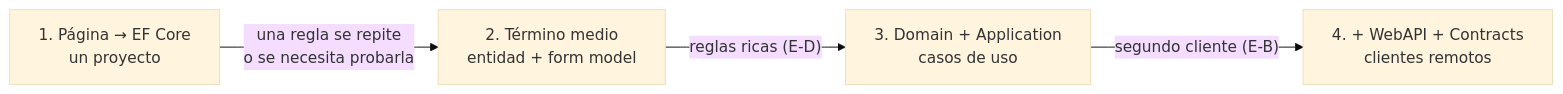
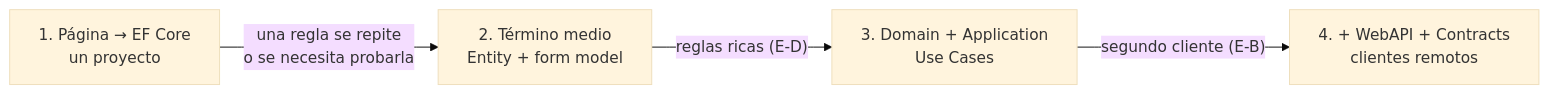
Before and after one commit to hdcm-dev/Lab-Documentos: the seventh of 7 diagrams in Guides/Arquitectura/Dot-NET-Arquitectura-Guide.md, drawn with Mermaid (base theme). The commit also changed other lines of this file and 100 other files, not shown here.

````diff
--- a/Guides/Arquitectura/Dot-NET-Arquitectura-Guide.md
+++ b/Guides/Arquitectura/Dot-NET-Arquitectura-Guide.md
@@ -1180,6 +1758,6 @@
 ```mermaid
 flowchart LR
-    S1["1. Página → EF Core<br/>un proyecto"] -->|"una regla se repite<br/>o se necesita probarla"| S2["2. Término medio<br/>entidad + form model"]
-    S2 -->|"reglas ricas (E-D)"| S3["3. Domain + Application<br/>casos de uso"]
+    S1["1. Página → EF Core<br/>un proyecto"] -->|"una regla se repite<br/>o se necesita probarla"| S2["2. Término medio<br/>Entity + form model"]
+    S2 -->|"reglas ricas (E-D)"| S3["3. Domain + Application<br/>Use Cases"]
     S3 -->|"segundo cliente (E-B)"| S4["4. + WebAPI + Contracts<br/>clientes remotos"]
 ```
````
